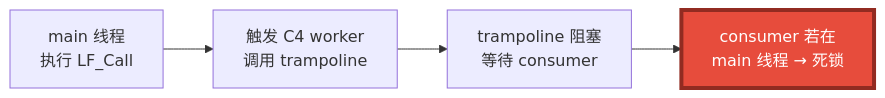
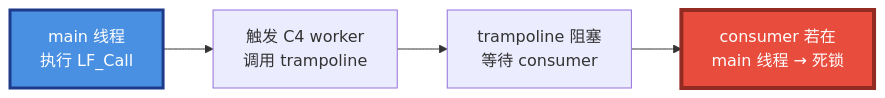
One commit to PassByYou888/LingoFuse changed the second of 33 diagrams in julia/README.md. Above: the diagram before and after it, drawn with Mermaid. The commit also changed other lines of this file and 3 other files, not shown here.

````diff
--- a/julia/README.md
+++ b/julia/README.md
@@ -76,8 +85,9 @@
 ```mermaid
 flowchart LR
     A["main 线程<br/>执行 LF_Call"] --> B["触发 C4 worker<br/>调用 trampoline"]
     B --> C["trampoline 阻塞<br/>等待 consumer"]
     C --> D["consumer 若在<br/>main 线程 → 死锁"]
 
+    style A fill:#4A90E2,stroke:#1E3A8A,stroke-width:3px,color:#FFFFFF
     style D fill:#E74C3C,stroke:#922B21,stroke-width:4px,color:#FFFFFF
 ```
````
